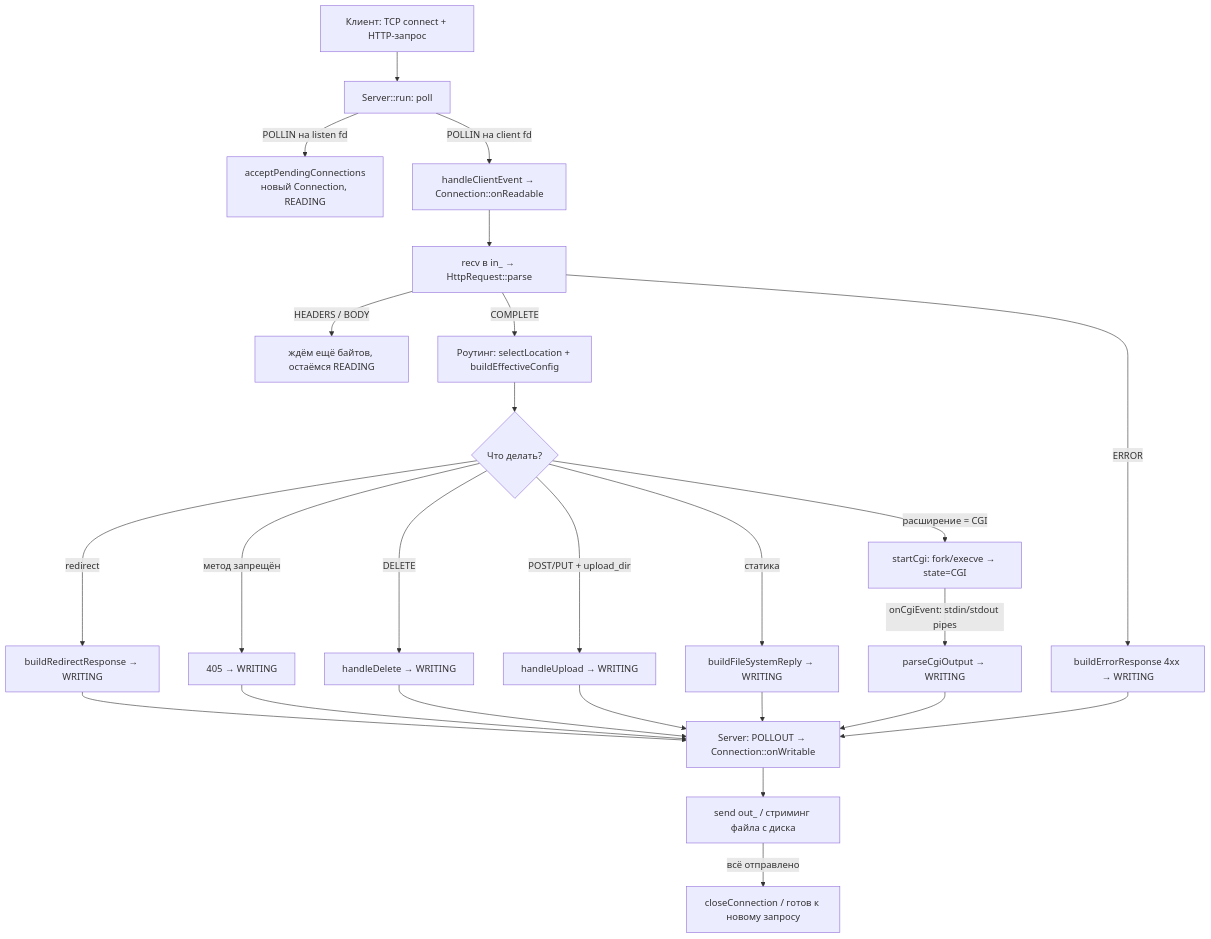
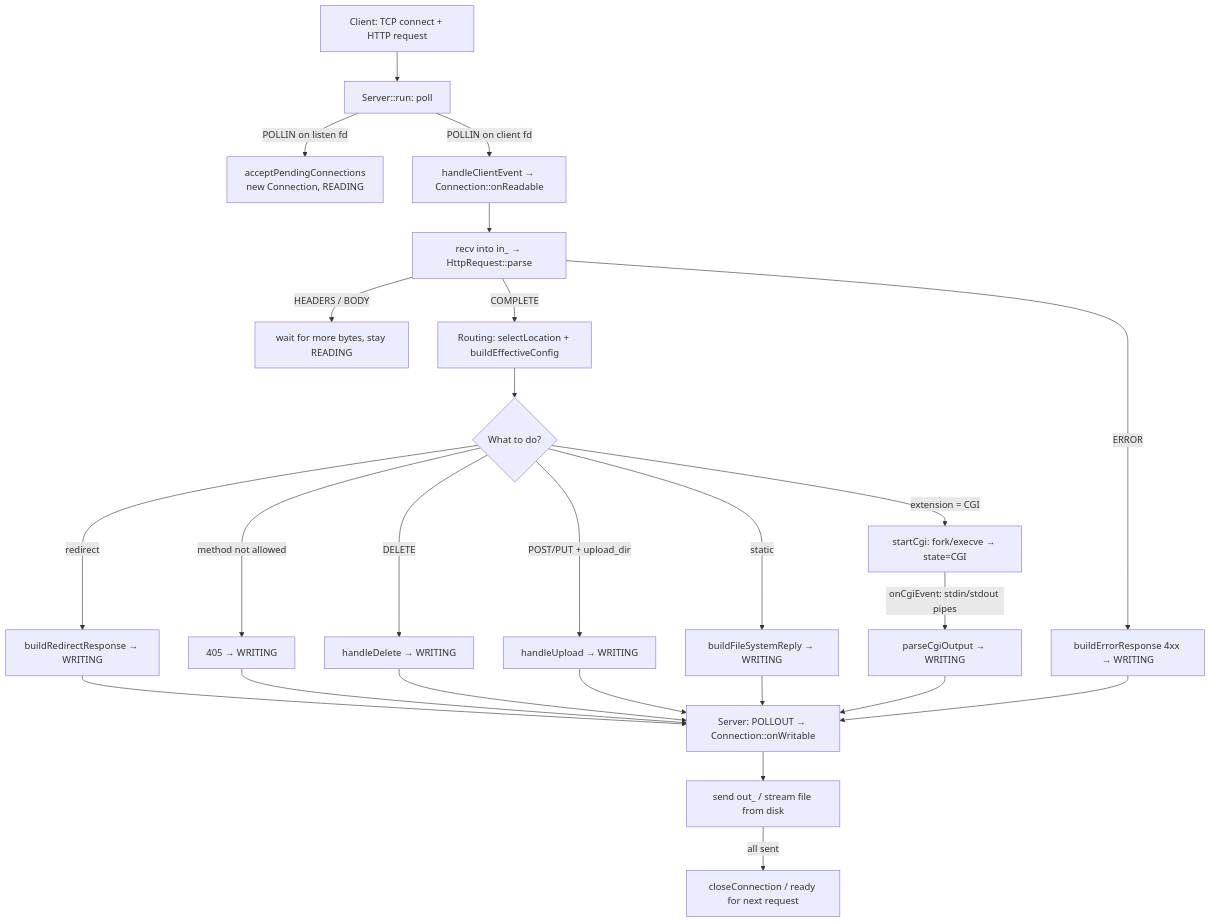
One commit to Knowledge82/webserv changed the second of 2 diagrams in docs/03-architecture.md. Above: the diagram before and after it, drawn with Mermaid. The commit also changed other lines of this file, not shown here.

````diff
--- a/docs/03-architecture.md
+++ b/docs/03-architecture.md
@@ -54,21 +54,21 @@
 ```mermaid
 flowchart TD
-    A[Клиент: TCP connect + HTTP-запрос] --> B[Server::run: poll]
-    B -->|POLLIN на listen fd| C[acceptPendingConnections<br/>новый Connection, READING]
-    B -->|POLLIN на client fd| D[handleClientEvent → Connection::onReadable]
-    D --> E[recv в in_ → HttpRequest::parse]
-    E -->|HEADERS / BODY| D2[ждём ещё байтов, остаёмся READING]
+    A[Client: TCP connect + HTTP request] --> B[Server::run: poll]
+    B -->|POLLIN on listen fd| C[acceptPendingConnections<br/>new Connection, READING]
+    B -->|POLLIN on client fd| D[handleClientEvent → Connection::onReadable]
+    D --> E[recv into in_ → HttpRequest::parse]
+    E -->|HEADERS / BODY| D2[wait for more bytes, stay READING]
     E -->|ERROR| ERR[buildErrorResponse 4xx → WRITING]
-    E -->|COMPLETE| F[Роутинг: selectLocation + buildEffectiveConfig]
-    F --> G{Что делать?}
+    E -->|COMPLETE| F[Routing: selectLocation + buildEffectiveConfig]
+    F --> G{What to do?}
     G -->|redirect| R1[buildRedirectResponse → WRITING]
-    G -->|метод запрещён| R2[405 → WRITING]
+    G -->|method not allowed| R2[405 → WRITING]
     G -->|DELETE| H1[handleDelete → WRITING]
     G -->|POST/PUT + upload_dir| H2[handleUpload → WRITING]
-    G -->|расширение = CGI| H3[startCgi: fork/execve → state=CGI]
-    G -->|статика| H4[buildFileSystemReply → WRITING]
+    G -->|extension = CGI| H3[startCgi: fork/execve → state=CGI]
+    G -->|static| H4[buildFileSystemReply → WRITING]
     H3 -->|onCgiEvent: stdin/stdout pipes| H3b[parseCgiOutput → WRITING]
     R1 & R2 & H1 & H2 & H4 & H3b & ERR --> W[Server: POLLOUT → Connection::onWritable]
-    W --> S[send out_ / стриминг файла с диска]
-    S -->|всё отправлено| CL[closeConnection / готов к новому запросу]
+    W --> S[send out_ / stream file from disk]
+    S -->|all sent| CL[closeConnection / ready for next request]
 ```
````
